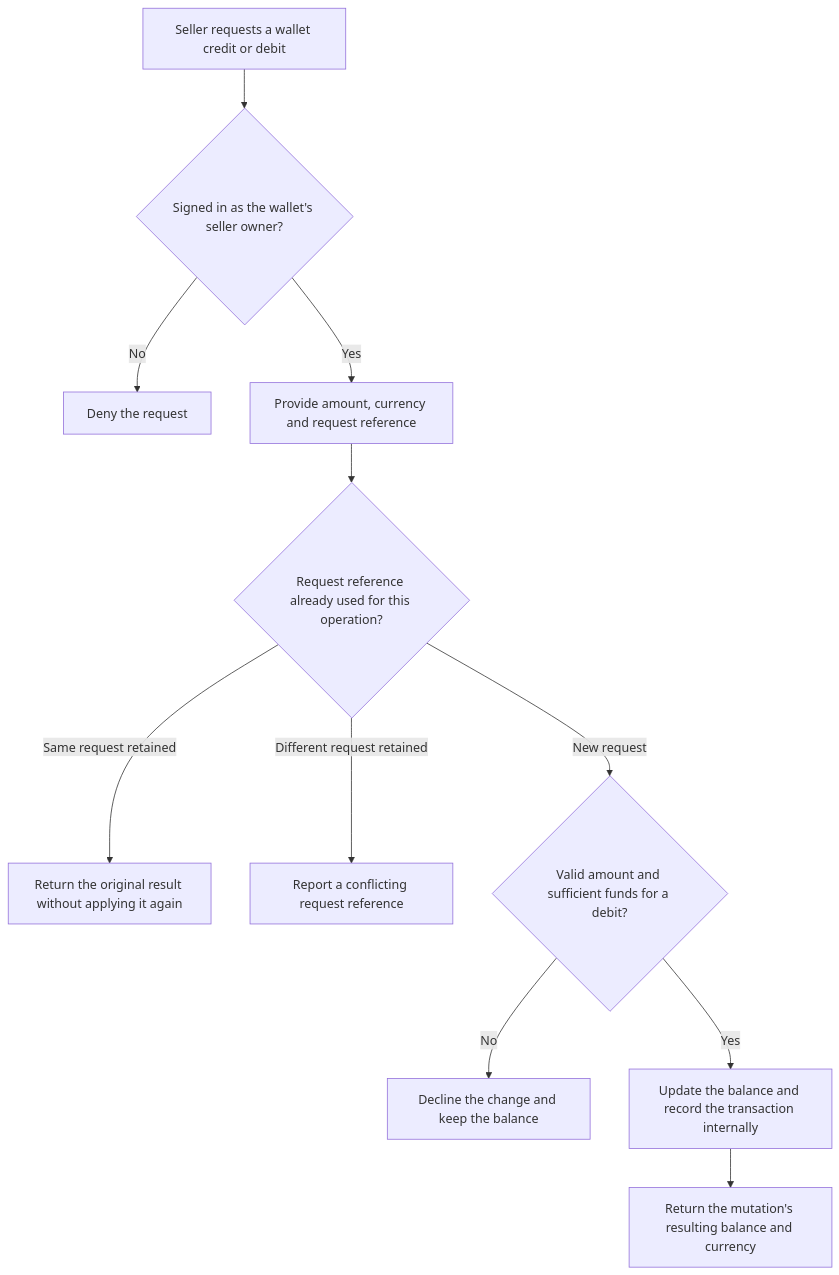
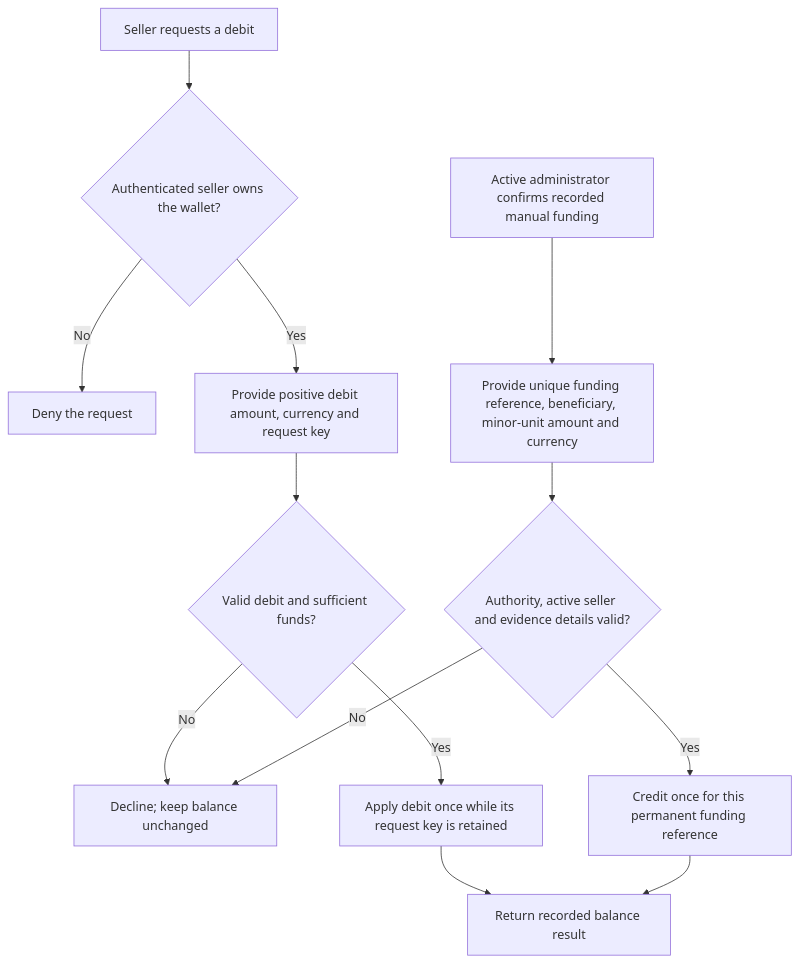
Before and after one commit to younessFathi/auto-parto: the seventh of 12 diagrams in docs/workflows.md, drawn with Mermaid. The commit also changed other lines of this file and 29 other files, not shown here.

Commit message:
fix(ap-0050): require confirmed administrator wallet funding

````diff
--- a/docs/workflows.md
+++ b/docs/workflows.md
@@ -152,13 +152,15 @@
 ```mermaid
 flowchart TD
-    A["Seller requests a wallet credit or debit"] --> B{"Signed in as the wallet's seller owner?"}
-    B -->|No| C["Deny the request"]
-    B -->|Yes| D["Provide amount, currency and request reference"]
-    D --> E{"Request reference already used for this operation?"}
-    E -->|Same request retained| F["Return the original result without applying it again"]
-    E -->|Different request retained| G["Report a conflicting request reference"]
-    E -->|New request| H{"Valid amount and sufficient funds for a debit?"}
-    H -->|No| I["Decline the change and keep the balance"]
-    H -->|Yes| J["Update the balance and record the transaction internally"]
-    J --> K["Return the mutation's resulting balance and currency"]
+    A["Seller requests a debit"] --> B{"Authenticated seller owns the wallet?"}
+    B -->|No| DENY["Deny the request"]
+    B -->|Yes| D["Provide positive debit amount, currency and request key"]
+    D --> CHECK{"Valid debit and sufficient funds?"}
+    CHECK -->|No| FAIL["Decline; keep balance unchanged"]
+    CHECK -->|Yes| DEBIT["Apply debit once while its request key is retained"]
+    ADMIN["Active administrator confirms recorded manual funding"] --> REF["Provide unique funding reference, beneficiary, minor-unit amount and currency"]
+    REF --> TRUST{"Authority, active seller and evidence details valid?"}
+    TRUST -->|No| FAIL
+    TRUST -->|Yes| CREDIT["Credit once for this permanent funding reference"]
+    DEBIT --> RESULT["Return recorded balance result"]
+    CREDIT --> RESULT
 ```
````
